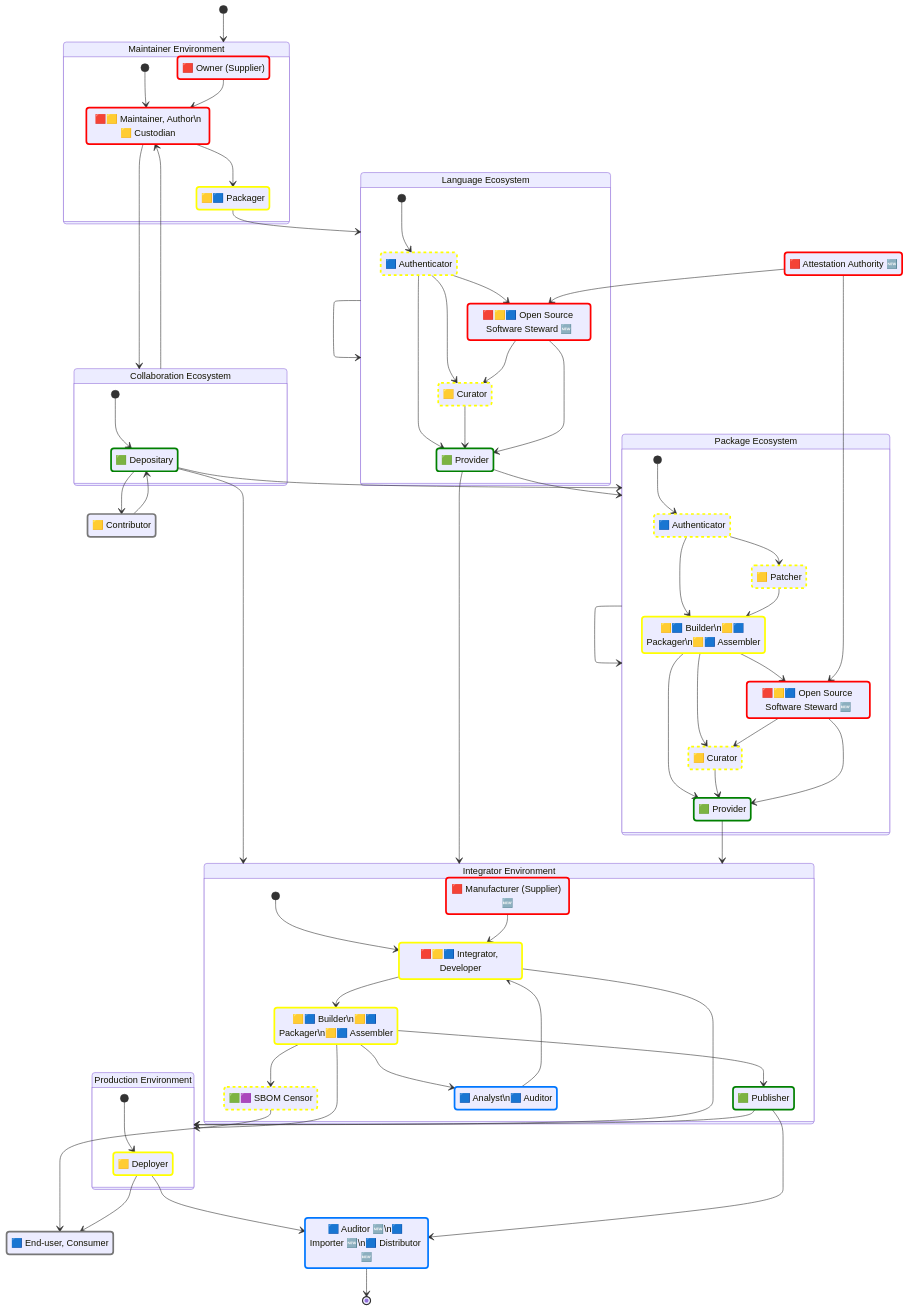
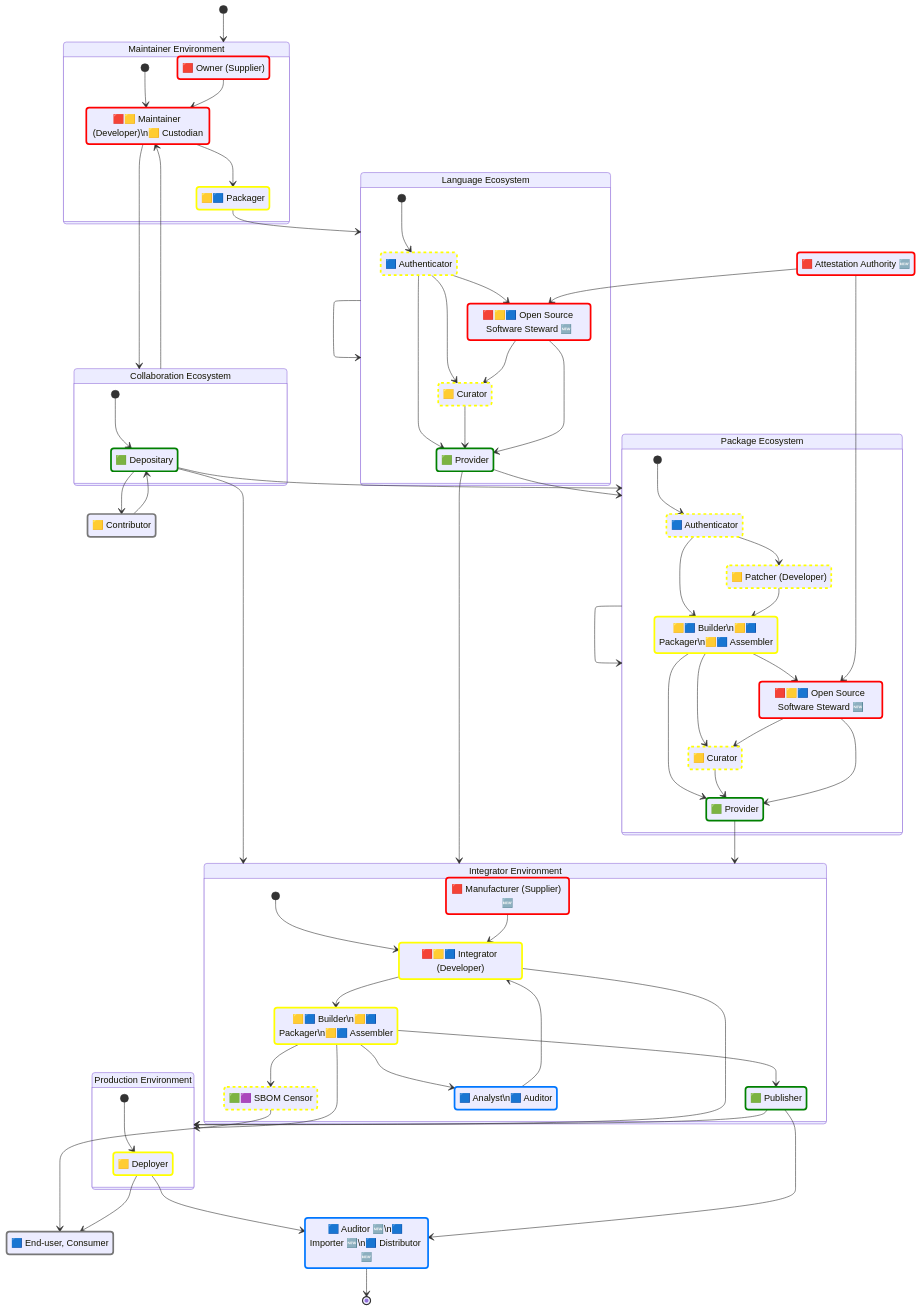
Before and after one commit to CPAN-Security/security.metacpan.org: the third of 3 diagrams in docs/supplychain-sbom.md, drawn with Mermaid. The commit also changed other lines of this file, not shown here.

```diff
--- a/docs/supplychain-sbom.md
+++ b/docs/supplychain-sbom.md
@@ -201,7 +201,7 @@
 
     %%
     state "🟥 Owner (Supplier)" as maintainer_owner
-    state "🟥🟨 Maintainer, Author\n🟨 Custodian" as maintainer_author
+    state "🟥🟨 Maintainer (Developer)\n🟨 Custodian" as maintainer_author
     state "🟨🟦 Packager" as language_packager
 
     %%
@@ -219,7 +219,7 @@
 
     %%
     state "🟦 Authenticator" as package_authenticator
-    state "🟨 Patcher" as package_patcher
+    state "🟨 Patcher (Developer)" as package_patcher
     state "🟨🟦 Builder\n🟨🟦 Packager\n🟨🟦 Assembler" as package_packager
     %% FIXME: package_steward not useful/necessary?
     state "🟥🟨🟦 Open Source Software Steward 🆕" as package_steward
@@ -228,7 +228,7 @@
 
     %%
     state "🟥 Manufacturer (Supplier) 🆕" as integrator_owner
-    state "🟥🟨🟦 Integrator, Developer" as integrator_developer
+    state "🟥🟨🟦 Integrator (Developer)" as integrator_developer
     state "🟨🟦 Builder\n🟨🟦 Packager\n🟨🟦 Assembler" as integrator_builder
     state "🟩🟪 SBOM Censor" as integrator_censor
     state "🟩 Publisher" as integrator_publisher
```
